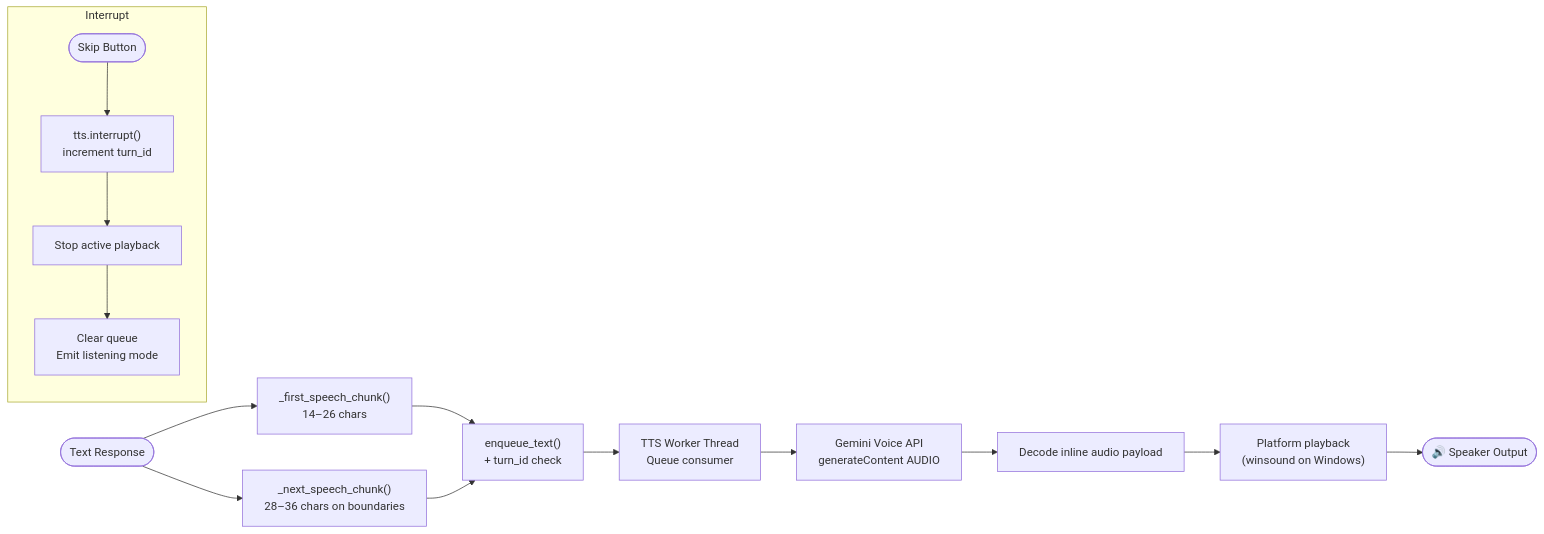
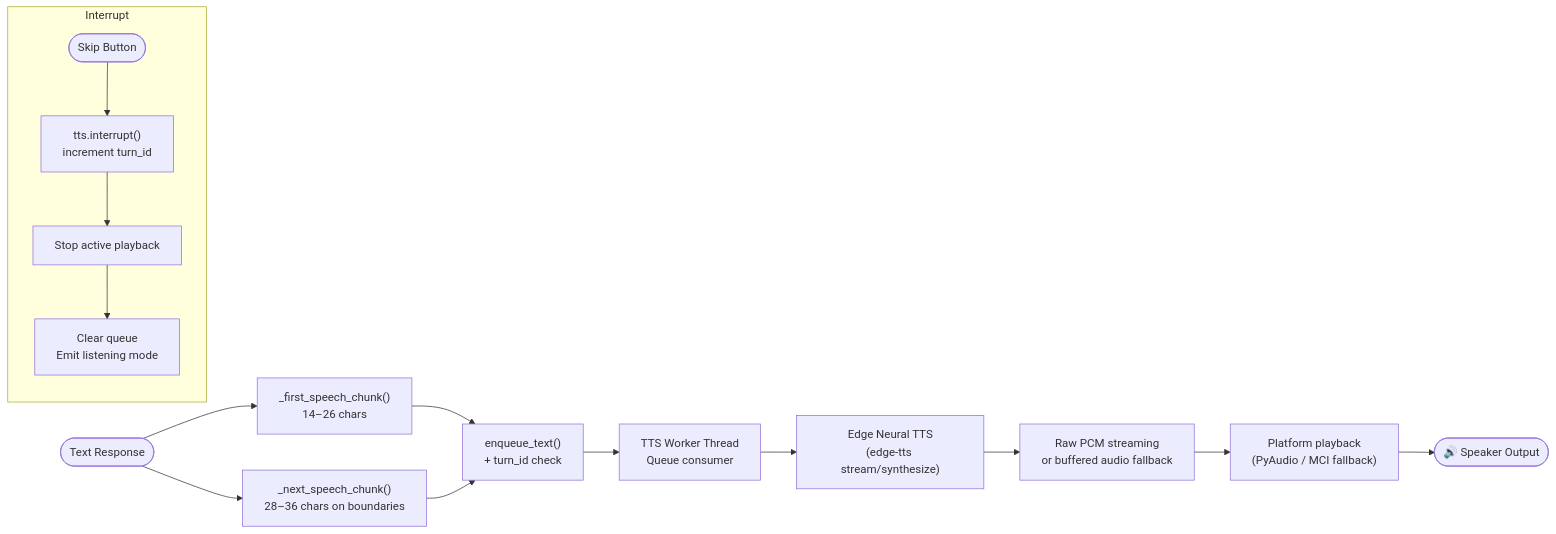
Before and after one commit to deepakrakshit/jarvis: the seventh of 8 diagrams in docs/ARCHITECTURE.md, drawn with Mermaid. The commit also changed other lines of this file and 11 other files, not shown here.

````diff
--- a/docs/ARCHITECTURE.md
+++ b/docs/ARCHITECTURE.md
@@ -194,19 +209,19 @@
 ```mermaid
 flowchart LR
     A(["Text Response"]) --> B["_first_speech_chunk()\n14–26 chars"]
     B --> C["enqueue_text()\n+ turn_id check"]
     C --> D["TTS Worker Thread\nQueue consumer"]
-    D --> E["Gemini Voice API\ngenerateContent AUDIO"]
-    E --> F["Decode inline audio payload"]
-    F --> G["Platform playback\n(winsound on Windows)"]
+    D --> E["Edge Neural TTS\n(edge-tts stream/synthesize)"]
+    E --> F["Raw PCM streaming\nor buffered audio fallback"]
+    F --> G["Platform playback\n(PyAudio / MCI fallback)"]
     G --> H(["🔊 Speaker Output"])
 
     A --> I["_next_speech_chunk()\n28–36 chars on boundaries"]
     I --> C
 
     subgraph Interrupt
         J(["Skip Button"]) --> K["tts.interrupt()\nincrement turn_id"]
         K --> L["Stop active playback"]
         L --> M["Clear queue\nEmit listening mode"]
     end
 ```
````
